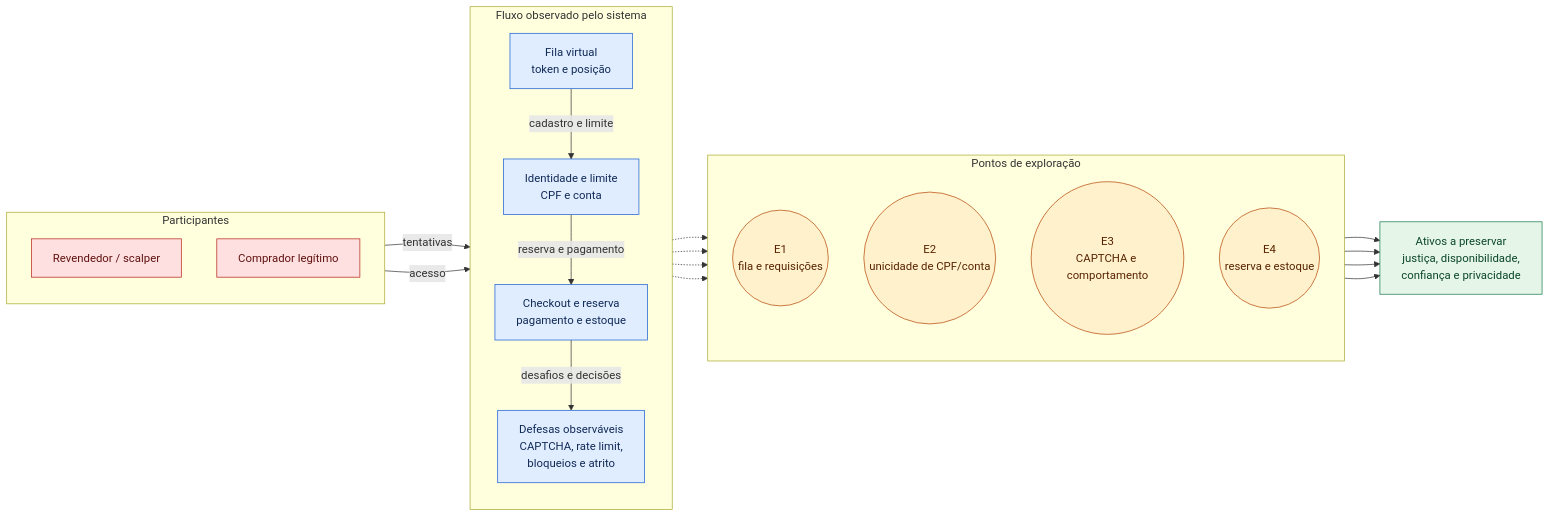
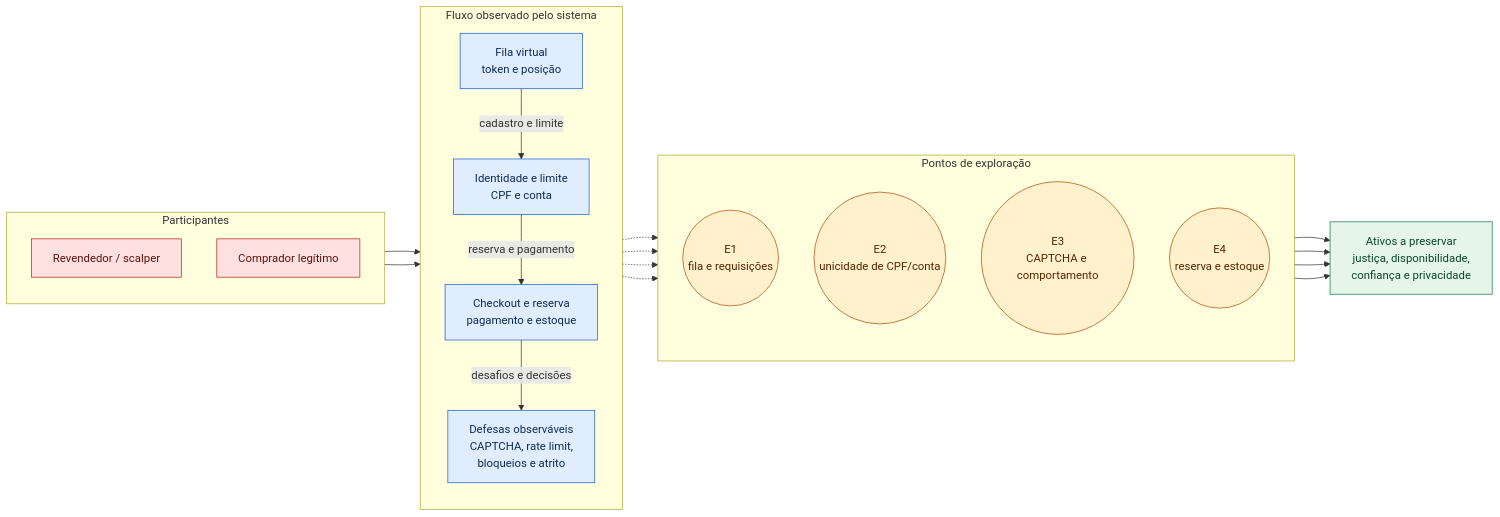
One commit to felipehscherer/trabalho-engenharia-adversarial changed the diagram in diagramas/superficie-de-ataque.mmd. Above: the diagram before and after it, drawn with Mermaid. The commit also changed 1 other file, not shown here.

Commit message:
docs: reduzir ruído visual no diagrama de ataque

```diff
--- a/diagramas/superficie-de-ataque.mmd
+++ b/diagramas/superficie-de-ataque.mmd
@@ -1,50 +1,50 @@
 flowchart LR
     subgraph atores["Participantes"]
         direction TB
         S["Revendedor / scalper"]
         C["Comprador legítimo"]
     end
 
     subgraph fluxo["Fluxo observado pelo sistema"]
         direction TB
         F["Fila virtual<br/>token e posição"]
         I["Identidade e limite<br/>CPF e conta"]
         K["Checkout e reserva<br/>pagamento e estoque"]
         D["Defesas observáveis<br/>CAPTCHA, rate limit,<br/>bloqueios e atrito"]
         F -->|cadastro e limite| I
         I -->|reserva e pagamento| K
         K -->|desafios e decisões| D
     end
 
     subgraph pontos["Pontos de exploração"]
         direction TB
         E1(("E1<br/>fila e requisições"))
         E2(("E2<br/>unicidade de CPF/conta"))
         E3(("E3<br/>CAPTCHA e comportamento"))
         E4(("E4<br/>reserva e estoque"))
     end
 
     A["Ativos a preservar<br/>justiça, disponibilidade,<br/>confiança e privacidade"]
 
-    S -->|tentativas| F
-    C -->|acesso| F
+    S --> F
+    C --> F
 
     F -.-> E1
     I -.-> E2
     K -.-> E4
     D -.-> E3
 
     E1 --> A
     E2 --> A
     E4 --> A
     E3 --> A
 
     classDef actor fill:#ffe0e0,stroke:#b42318,color:#5f1210
     classDef interface fill:#e0edff,stroke:#175cd3,color:#102a56
     classDef exploit fill:#fff1cc,stroke:#b54708,color:#572300
     classDef asset fill:#e5f6e8,stroke:#18794e,color:#0b4529
 
     class S,C actor
     class F,I,K,D interface
     class E1,E2,E3,E4 exploit
     class A asset
```
